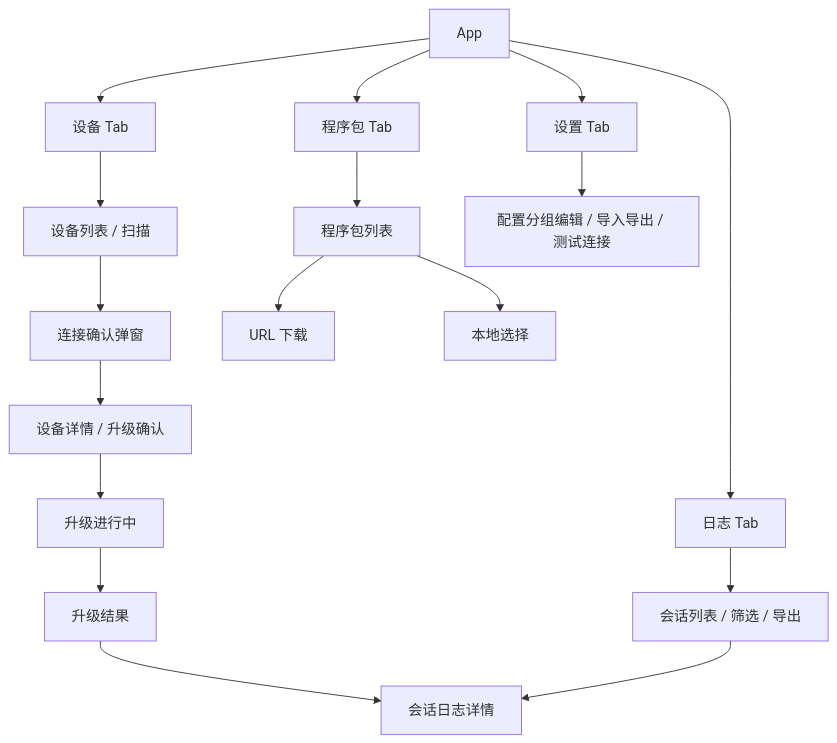
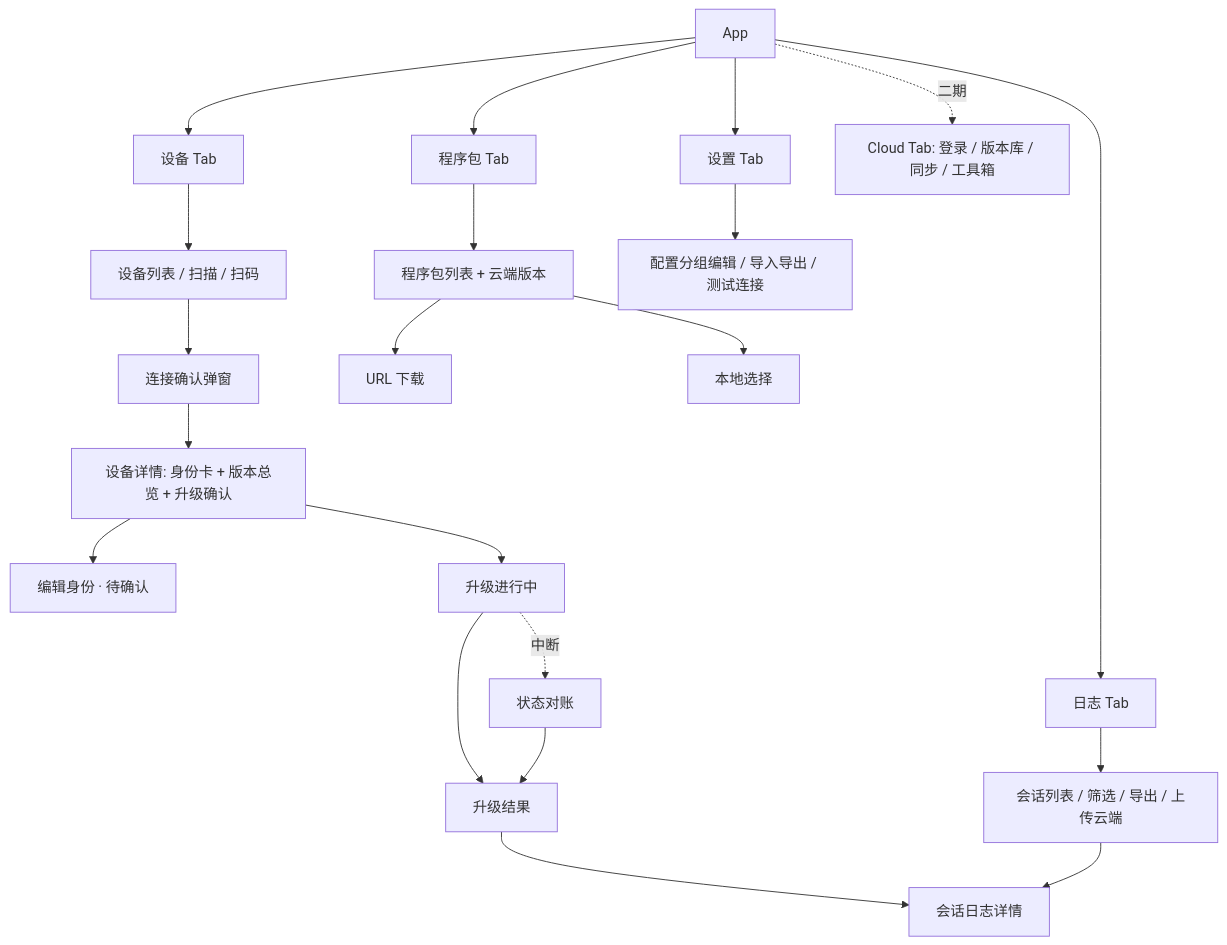
Before and after one commit to vic-k98/pds-app-doc: the eighth of 10 diagrams in docs/PRD.md, drawn with Mermaid. The commit also changed other lines of this file and 30 other files, not shown here.

````diff
--- a/docs/PRD.md
+++ b/docs/PRD.md
@@ -582,19 +772,23 @@
 ```mermaid
 flowchart TD
     Root[App] --> Tab1[设备 Tab]
     Root --> Tab2[程序包 Tab]
     Root --> Tab3[日志 Tab]
     Root --> Tab4[设置 Tab]
-    Tab1 --> P1[设备列表 / 扫描]
+    Tab1 --> P1[设备列表 / 扫描 / 扫码]
     P1 --> P2[连接确认弹窗]
-    P2 --> P3[设备详情 / 升级确认]
+    P2 --> P3[设备详情: 身份卡 + 版本总览 + 升级确认]
+    P3 --> P12[编辑身份 · 待确认]
     P3 --> P4[升级进行中]
     P4 --> P5[升级结果]
+    P4 -. 中断 .-> P13[状态对账]
+    P13 --> P5
     P5 --> P6[会话日志详情]
-    Tab2 --> P7[程序包列表]
+    Tab2 --> P7[程序包列表 + 云端版本]
     P7 --> P8[URL 下载]
     P7 --> P9[本地选择]
-    Tab3 --> P10[会话列表 / 筛选 / 导出]
+    Tab3 --> P10[会话列表 / 筛选 / 导出 / 上传云端]
     P10 --> P6
     Tab4 --> P11[配置分组编辑 / 导入导出 / 测试连接]
+    Root -. 二期 .-> Tab5[Cloud Tab: 登录 / 版本库 / 同步 / 工具箱]
 ```
````
